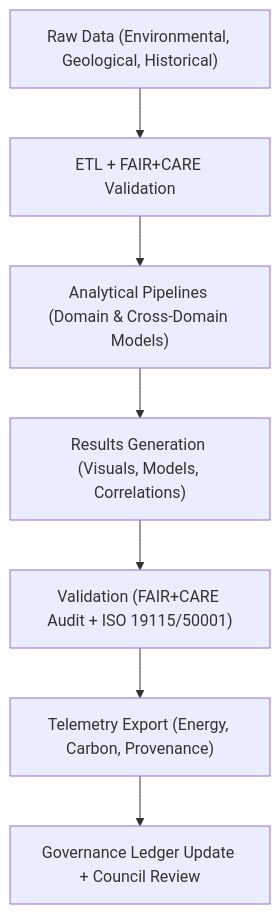
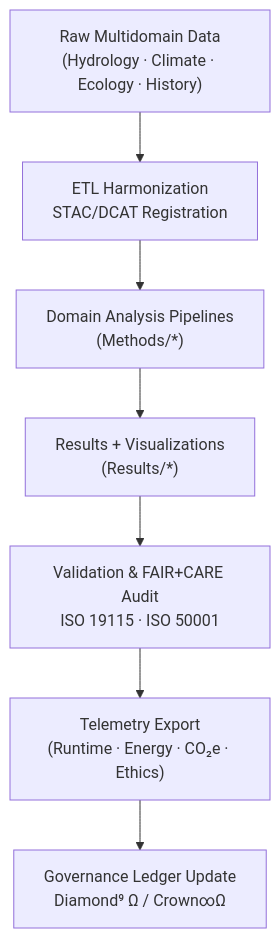
Before and after one commit to bartytime4life/Kansas-Frontier-Matrix: the diagram in docs/analyses/README.md, drawn with Mermaid. The commit also changed other lines of this file, not shown here.

````diff
--- a/docs/analyses/README.md
+++ b/docs/analyses/README.md
@@ -98,9 +148,10 @@
-```mermaid
+~~~mermaid
 flowchart TD
-  A["Raw Data (Environmental, Geological, Historical)"] --> B["ETL + FAIR+CARE Validation"]
-  B --> C["Analytical Pipelines (Domain & Cross-Domain Models)"]
-  C --> D["Results Generation (Visuals, Models, Correlations)"]
-  D --> E["Validation (FAIR+CARE Audit + ISO 19115/50001)"]
-  E --> F["Telemetry Export (Energy, Carbon, Provenance)"]
-  F --> G["Governance Ledger Update + Council Review"]
-```
+  A["Raw Multidomain Data<br/>(Hydrology · Climate · Ecology · History)"]
+    --> B["ETL Harmonization<br/>STAC/DCAT Registration"]
+  B --> C["Domain Analysis Pipelines<br/>(Methods/*)"]
+  C --> D["Results + Visualizations<br/>(Results/*)"]
+  D --> E["Validation & FAIR+CARE Audit<br/>ISO 19115 · ISO 50001"]
+  E --> F["Telemetry Export<br/>(Runtime · Energy · CO₂e · Ethics)"]
+  F --> G["Governance Ledger Update<br/>Diamond⁹ Ω / Crown∞Ω"]
+~~~  
````
